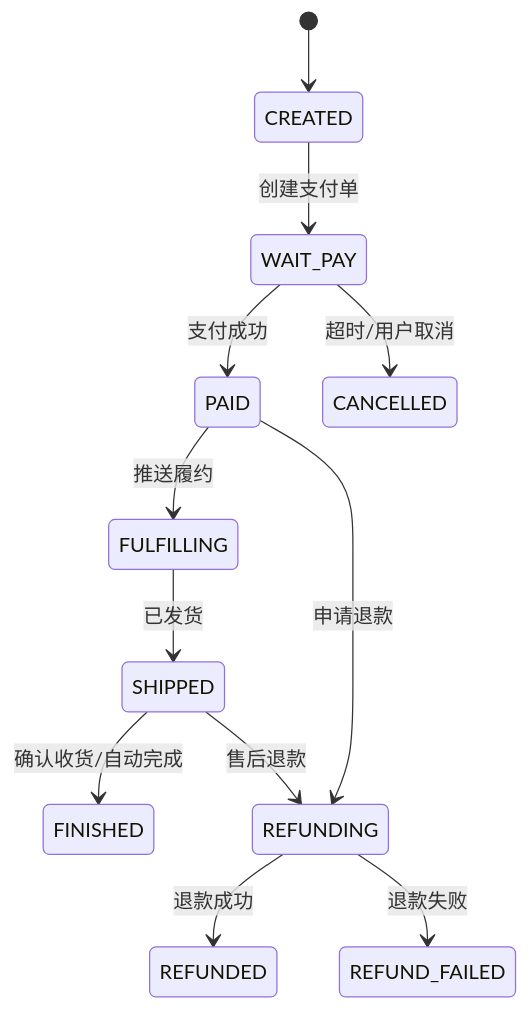
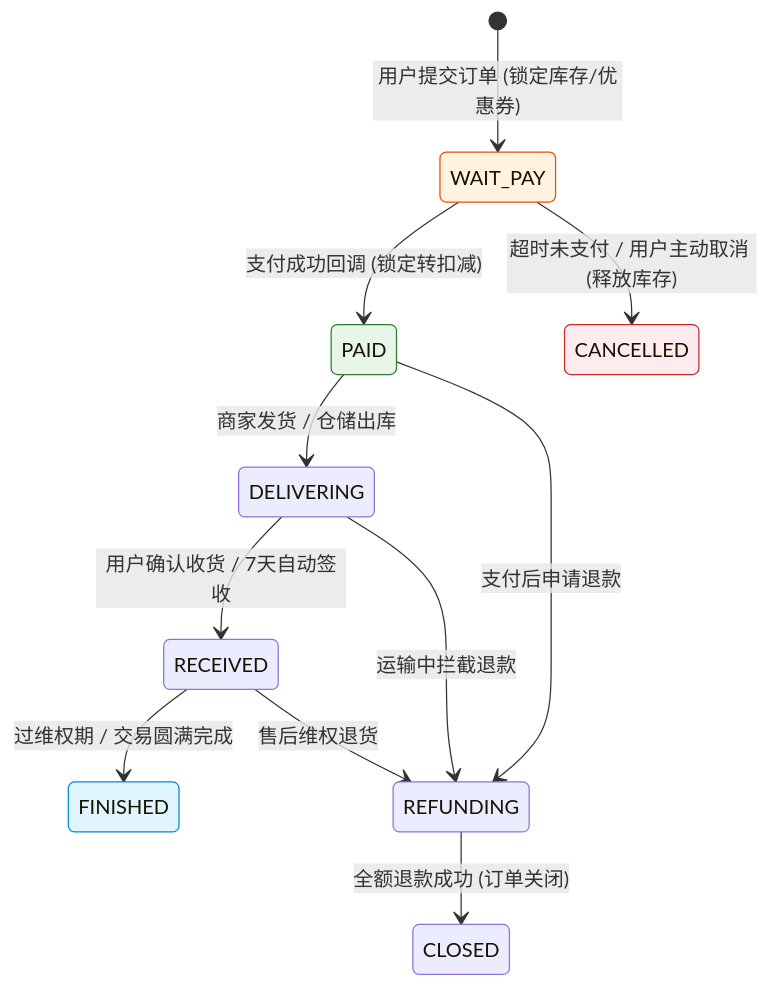
One commit to GuoWWWX/knowledge-base changed the first of 3 diagrams in 20-Java后端/08-系统设计/07-订单系统设计.md. Above: the diagram before and after it, drawn with Mermaid. The commit also changed other lines of this file and 214 other files, not shown here.

````diff
--- a/20-Java后端/08-系统设计/07-订单系统设计.md
+++ b/20-Java后端/08-系统设计/07-订单系统设计.md
@@ -76,14 +42,22 @@
 ```mermaid
 stateDiagram-v2
-    [*] --> CREATED
-    CREATED --> WAIT_PAY: 创建支付单
-    WAIT_PAY --> PAID: 支付成功
-    WAIT_PAY --> CANCELLED: 超时/用户取消
-    PAID --> FULFILLING: 推送履约
-    FULFILLING --> SHIPPED: 已发货
-    SHIPPED --> FINISHED: 确认收货/自动完成
-    PAID --> REFUNDING: 申请退款
-    SHIPPED --> REFUNDING: 售后退款
-    REFUNDING --> REFUNDED: 退款成功
-    REFUNDING --> REFUND_FAILED: 退款失败
+    [*] --> WAIT_PAY: 用户提交订单 (锁定库存/优惠券)
+    
+    WAIT_PAY --> PAID: 支付成功回调 (锁定转扣减)
+    WAIT_PAY --> CANCELLED: 超时未支付 / 用户主动取消 (释放库存)
+    
+    PAID --> DELIVERING: 商家发货 / 仓储出库
+    DELIVERING --> RECEIVED: 用户确认收货 / 7天自动签收
+    
+    RECEIVED --> FINISHED: 过维权期 / 交易圆满完成
+    
+    PAID --> REFUNDING: 支付后申请退款
+    DELIVERING --> REFUNDING: 运输中拦截退款
+    RECEIVED --> REFUNDING: 售后维权退货
+    REFUNDING --> CLOSED: 全额退款成功 (订单关闭)
+
+    style WAIT_PAY fill:#fff3e0,stroke:#e65100
+    style PAID fill:#e8f5e9,stroke:#2e7d32
+    style CANCELLED fill:#ffebee,stroke:#c62828
+    style FINISHED fill:#e1f5fe,stroke:#0288d1
 ```
````
